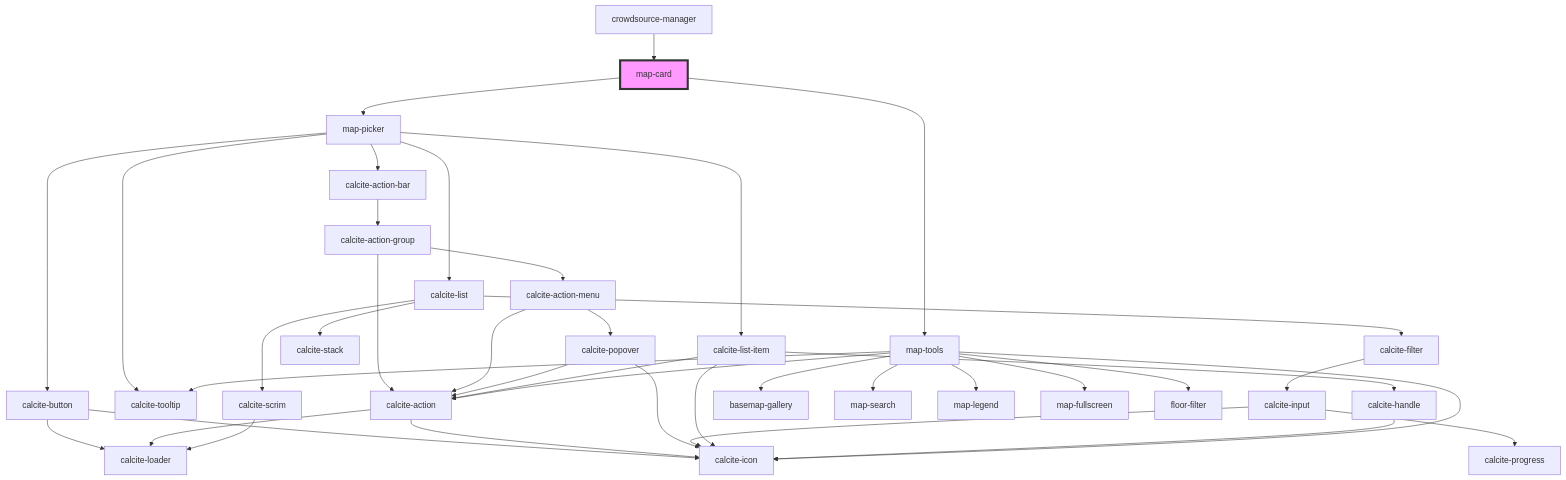
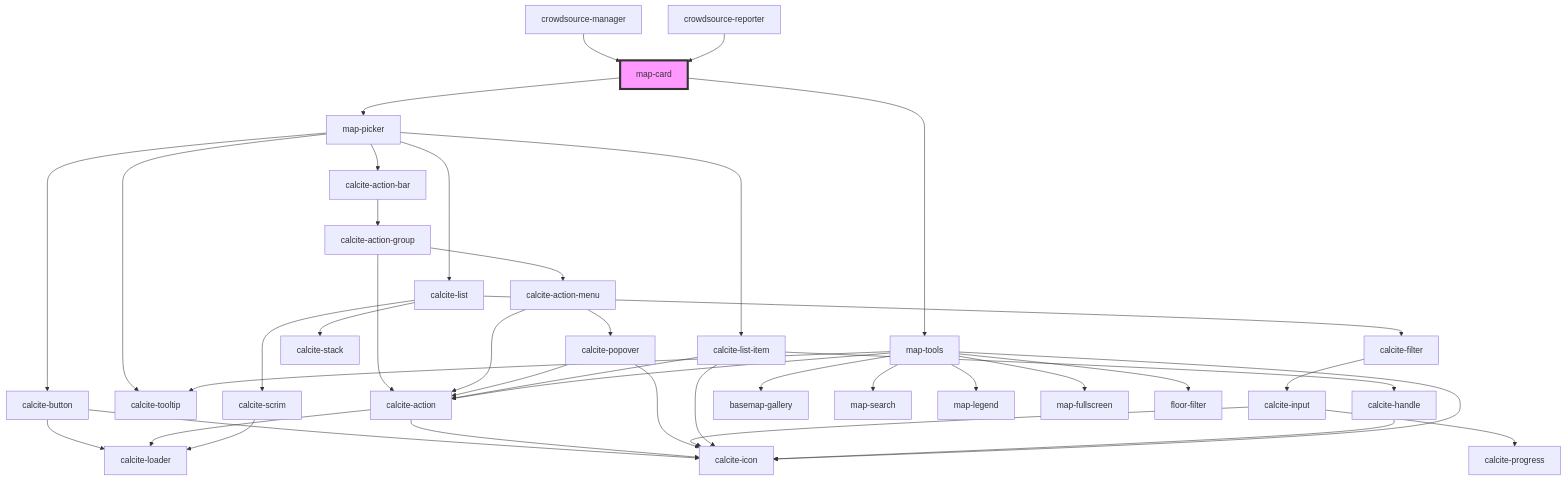
The diagram in src/components/map-card/readme.md (Esri/solutions-components), drawn with Mermaid before and after one commit. The commit also changed other lines of this file and 4 other files, not shown here.

````diff
--- a/src/components/map-card/readme.md
+++ b/src/components/map-card/readme.md
@@ -55,42 +56,43 @@
 ```mermaid
 graph TD;
   map-card --> map-picker
   map-card --> map-tools
   map-picker --> calcite-button
   map-picker --> calcite-tooltip
   map-picker --> calcite-action-bar
   map-picker --> calcite-list
   map-picker --> calcite-list-item
   calcite-button --> calcite-loader
   calcite-button --> calcite-icon
   calcite-action-bar --> calcite-action-group
   calcite-action-group --> calcite-action-menu
   calcite-action-group --> calcite-action
   calcite-action-menu --> calcite-action
   calcite-action-menu --> calcite-popover
   calcite-action --> calcite-loader
   calcite-action --> calcite-icon
   calcite-popover --> calcite-action
   calcite-popover --> calcite-icon
   calcite-list --> calcite-scrim
   calcite-list --> calcite-stack
   calcite-list --> calcite-filter
   calcite-scrim --> calcite-loader
   calcite-filter --> calcite-input
   calcite-input --> calcite-progress
   calcite-input --> calcite-icon
   calcite-list-item --> calcite-icon
   calcite-list-item --> calcite-handle
   calcite-list-item --> calcite-action
   calcite-handle --> calcite-icon
   map-tools --> basemap-gallery
   map-tools --> map-search
   map-tools --> map-legend
   map-tools --> map-fullscreen
   map-tools --> floor-filter
   map-tools --> calcite-action
   map-tools --> calcite-icon
   map-tools --> calcite-tooltip
   crowdsource-manager --> map-card
+  crowdsource-reporter --> map-card
   style map-card fill:#f9f,stroke:#333,stroke-width:4px
 ```
````
